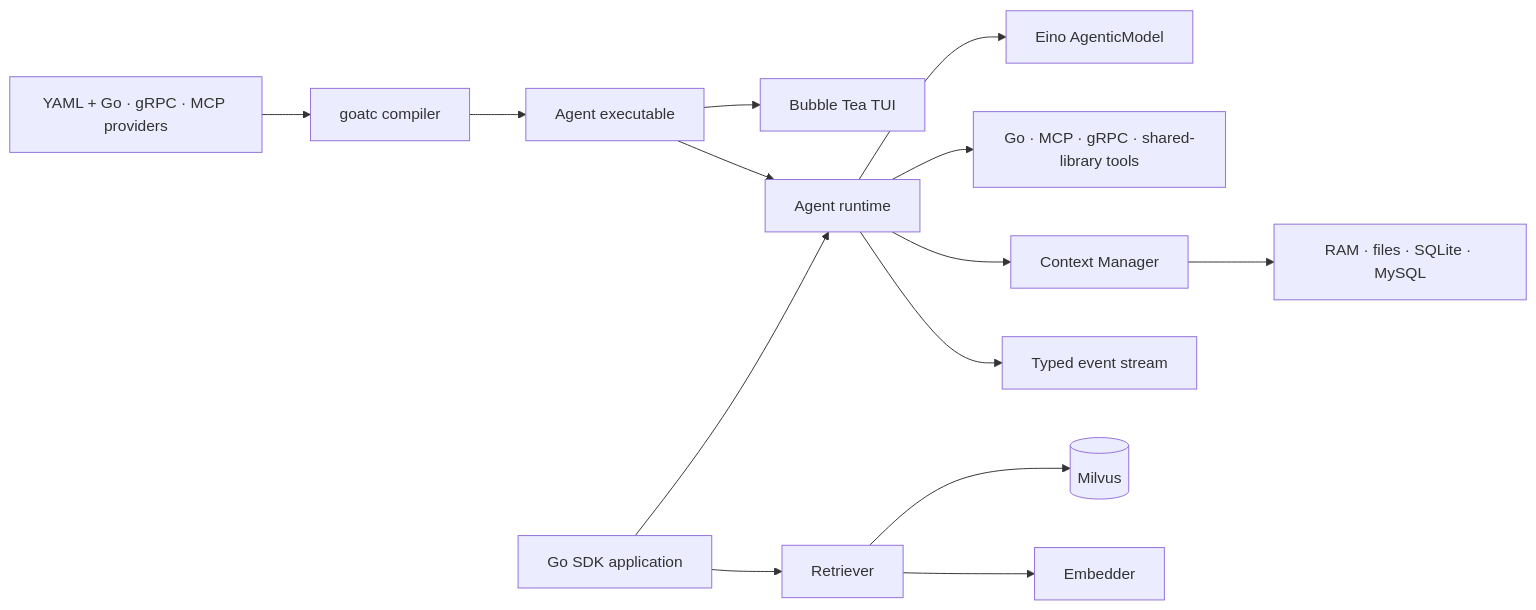
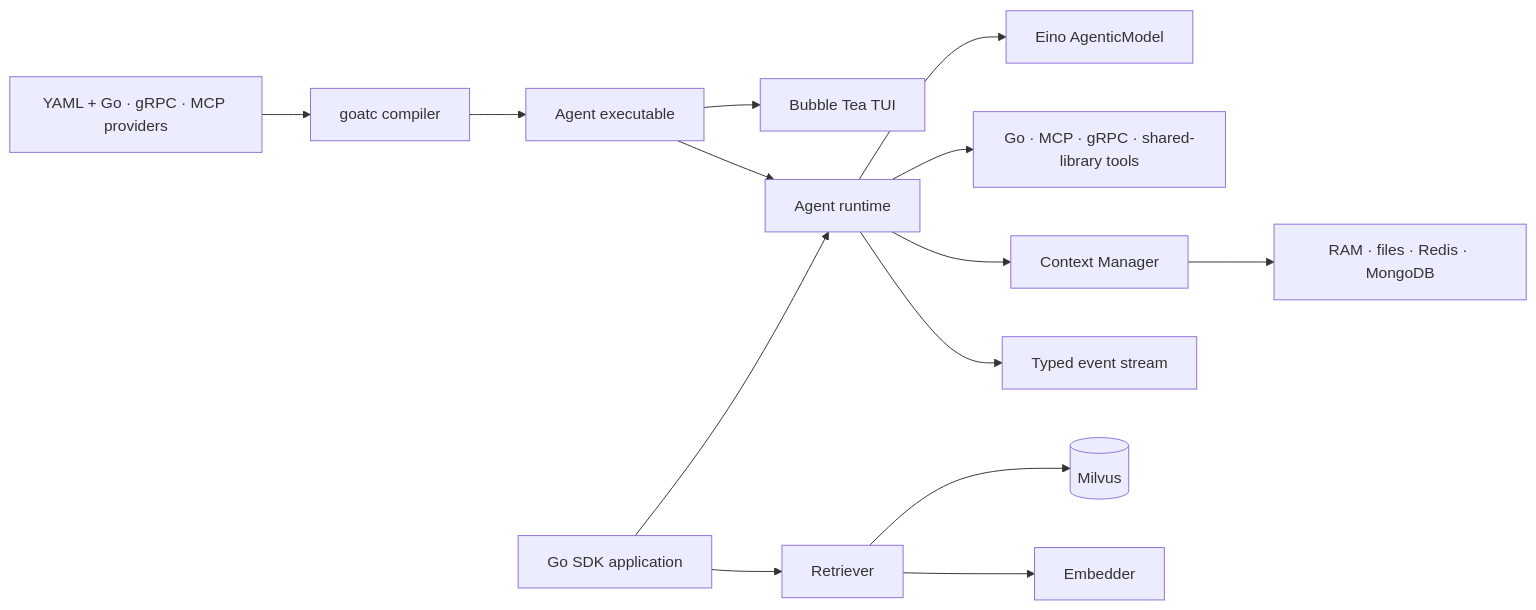
Before and after one commit to torrischen/goat: the diagram in README.md, drawn with Mermaid. The commit also changed other lines of this file and 31 other files, not shown here.

````diff
--- a/README.md
+++ b/README.md
@@ -169,16 +169,16 @@
 ```mermaid
 flowchart LR
     Source[YAML + Go · gRPC · MCP providers] --> Goatc[goatc compiler]
     Goatc --> Binary[Agent executable]
     Binary --> TUI[Bubble Tea TUI]
     Binary --> Agent[Agent runtime]
     SDK[Go SDK application] --> Agent
     Agent --> Model[Eino AgenticModel]
     Agent --> Tools[Go · MCP · gRPC · shared-library tools]
     Agent --> Manager[Context Manager]
-    Manager --> Store[RAM · files · SQLite · MySQL]
+    Manager --> Store[RAM · files · Redis · MongoDB]
     Agent --> Events[Typed event stream]
     SDK --> Retriever[Retriever]
     Retriever --> Milvus[(Milvus)]
     Retriever --> Embedder[Embedder]
 ```
````
